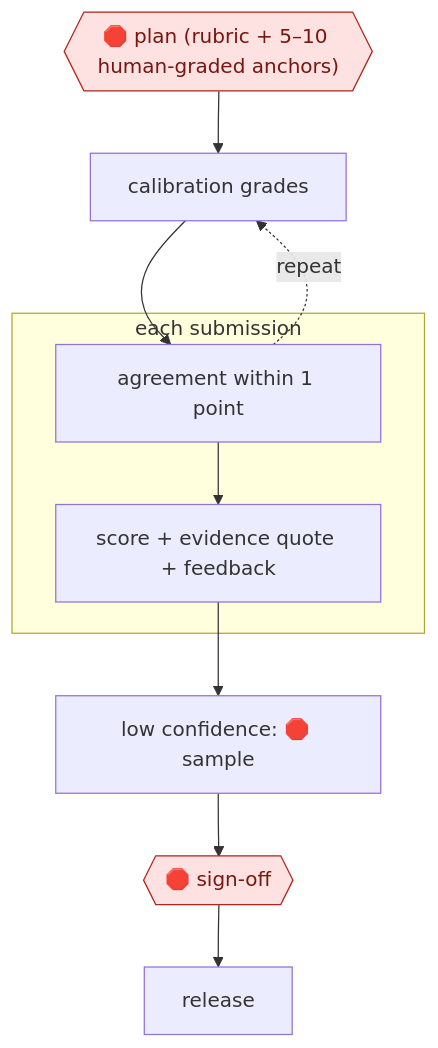
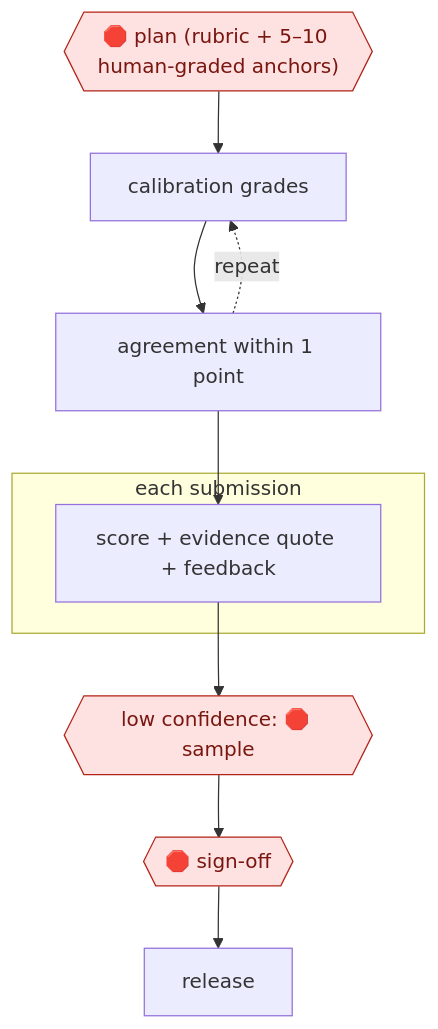
One commit to milesradford99/agent-workflow-atlas changed the diagram in workflows/PRO/EDU/ASSESS/anchor-calibrated-grader/README.md. Above: the diagram before and after it, drawn with Mermaid. The commit also changed other lines of this file and 171 other files, not shown here.

````diff
--- a/workflows/PRO/EDU/ASSESS/anchor-calibrated-grader/README.md
+++ b/workflows/PRO/EDU/ASSESS/anchor-calibrated-grader/README.md
@@ -29,20 +29,20 @@
 ```mermaid
 flowchart TD
   n1{{"🛑 plan (rubric + 5–10 human-graded anchors)"}}:::stop
   n2["calibration grades"]
+  n3["agreement within 1 point"]
+  subgraph s4["each submission"]
+  n5["score + evidence quote + feedback"]
+  end
+  n6{{"low confidence: 🛑 sample"}}:::stop
+  n7{{"🛑 sign-off"}}:::stop
+  n8["release"]
   n1 --> n2
-  n3["agreement within 1 point"]
   n2 --> n3
   n3 -.->|repeat| n2
-  subgraph s4["each submission"]
-  n5["score + evidence quote + feedback"]
   n3 --> n5
-  end
-  n6["low confidence: 🛑 sample"]
   n5 --> n6
-  n7{{"🛑 sign-off"}}:::stop
   n6 --> n7
-  n8["release"]
   n7 --> n8
   classDef stop fill:#fde2e1,stroke:#b42318,color:#7a1610
 ```
````
